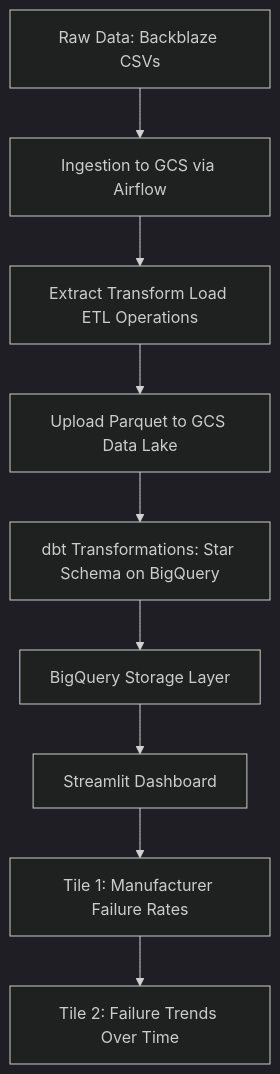
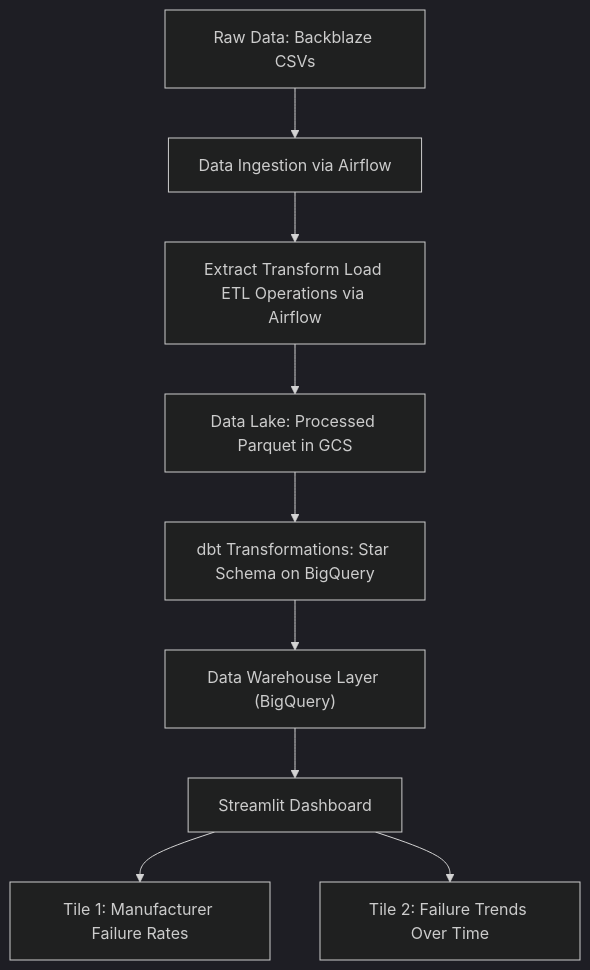
Before and after one commit to ammartin8/hard_drive_analytics_dashboard: the diagram in README.md, drawn with Mermaid (dark theme). The commit also changed other lines of this file and 2 other files, not shown here.

Commit message:
Update README.md to provide how to run project instructions, move phase implementation info to IMPLEMENTATION_GUIDE.md file and create example BigQuery SQL queries file

````diff
--- a/README.md
+++ b/README.md
@@ -59,12 +82,13 @@
 ```mermaid
 flowchart TD
-    A[Raw Data: Backblaze CSVs] --> B["Ingestion to GCS via Airflow"]
-    B --> C["Extract Transform Load ETL Operations"]
-    C --> D["Upload Parquet to GCS Data Lake"]
+    A[Raw Data: Backblaze CSVs] --> B["Data Ingestion via Airflow"]
+    B --> C["Extract Transform Load ETL Operations via Airflow"]
+    C --> D["Data Lake: Processed Parquet in GCS"]
     D --> E["dbt Transformations: Star Schema on BigQuery"]
-    E --> F["BigQuery Storage Layer"]
+    E --> F["Data Warehouse Layer (BigQuery)"]
     F --> G["Streamlit Dashboard"]
+    
     G --> H["Tile 1: Manufacturer Failure Rates"]
-    H --> I["Tile 2: Failure Trends Over Time"]
+    G --> I["Tile 2: Failure Trends Over Time"]
 
 ```
````
